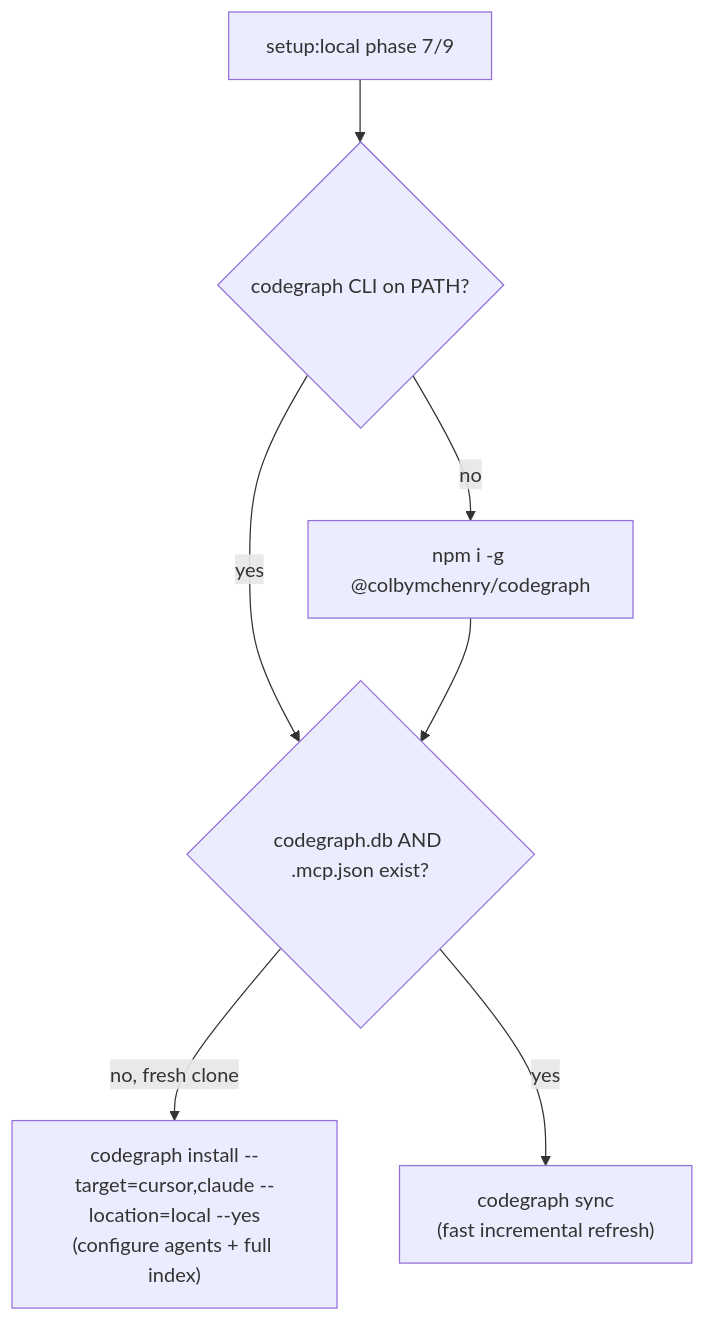
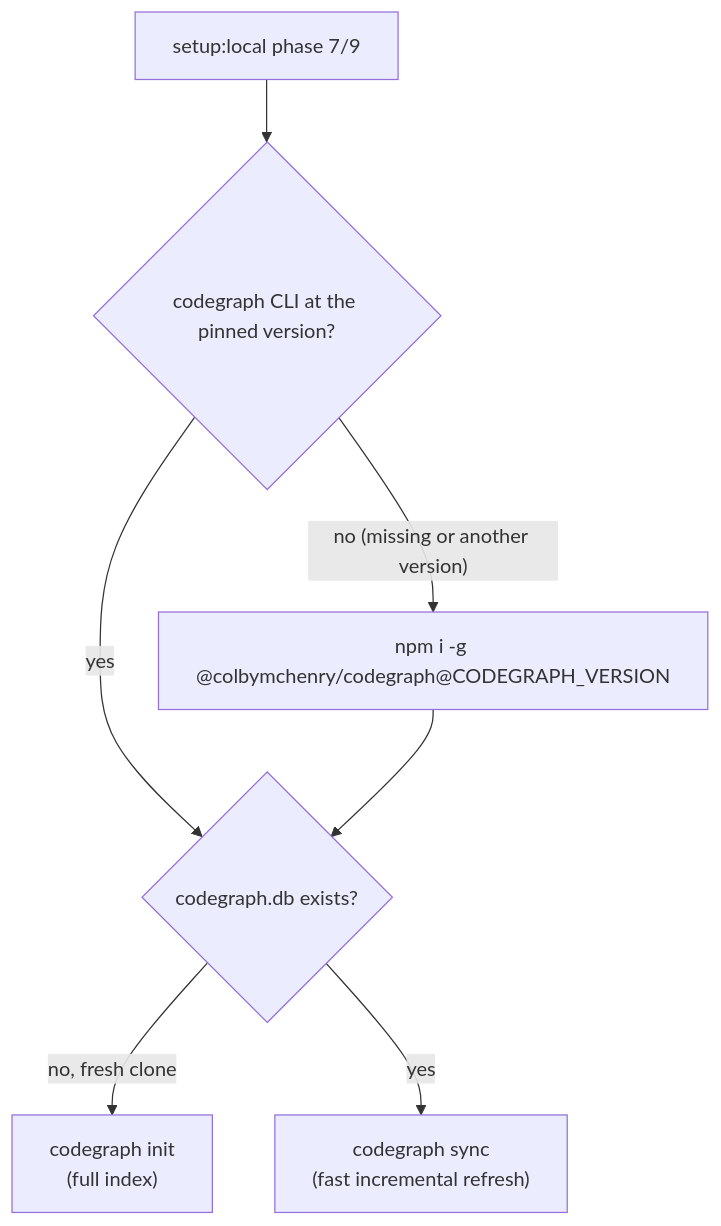
Before and after one commit to albetrios/clinozy-be: the diagram in docs/integrations/codegraph.md, drawn with Mermaid. The commit also changed other lines of this file and 66 other files, not shown here.

````diff
--- a/docs/integrations/codegraph.md
+++ b/docs/integrations/codegraph.md
@@ -34,9 +37,9 @@
 ```mermaid
 flowchart TD
-  A[setup:local phase 7/9] --> B{codegraph CLI on PATH?}
-  B -- no --> C[npm i -g @colbymchenry/codegraph]
-  B -- yes --> D{codegraph.db AND .mcp.json exist?}
+  A[setup:local phase 7/9] --> B{codegraph CLI at the pinned version?}
+  B -- "no (missing or another version)" --> C["npm i -g @colbymchenry/codegraph@CODEGRAPH_VERSION"]
+  B -- yes --> D{codegraph.db exists?}
   C --> D
-  D -- no, fresh clone --> E["codegraph install --target=cursor,claude --location=local --yes<br/>(configure agents + full index)"]
+  D -- no, fresh clone --> E["codegraph init<br/>(full index)"]
   D -- yes --> F["codegraph sync<br/>(fast incremental refresh)"]
 ```
````
